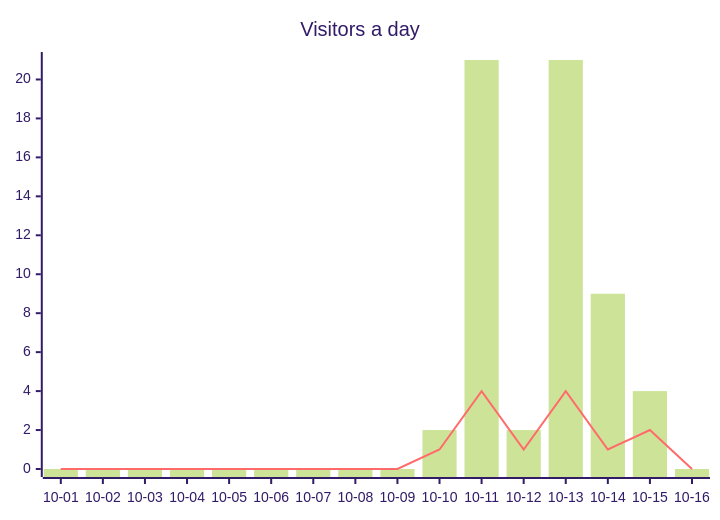
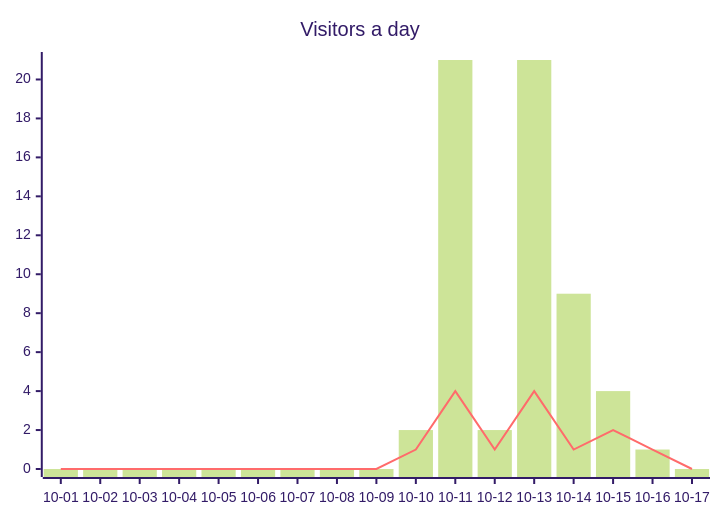
The second of 2 diagrams in README.md (ArtemkaGoldMan/ContextSwitcher), drawn with Mermaid (forest theme) before and after one commit. The commit also changed other lines of this file and 5 other files, not shown here.

````diff
--- a/README.md
+++ b/README.md
@@ -39,7 +40,7 @@
 ```mermaid
 xychart-beta
     title "Visitors a day"
-    x-axis ["10-01", "10-02", "10-03", "10-04", "10-05", "10-06", "10-07", "10-08", "10-09", "10-10", "10-11", "10-12", "10-13", "10-14", "10-15", "10-16"]
-    bar [0, 0, 0, 0, 0, 0, 0, 0, 0, 2, 21, 2, 21, 9, 4, 0]
-    line [0, 0, 0, 0, 0, 0, 0, 0, 0, 1, 4, 1, 4, 1, 2, 0]
+    x-axis ["10-01", "10-02", "10-03", "10-04", "10-05", "10-06", "10-07", "10-08", "10-09", "10-10", "10-11", "10-12", "10-13", "10-14", "10-15", "10-16", "10-17"]
+    bar [0, 0, 0, 0, 0, 0, 0, 0, 0, 2, 21, 2, 21, 9, 4, 1, 0]
+    line [0, 0, 0, 0, 0, 0, 0, 0, 0, 1, 4, 1, 4, 1, 2, 1, 0]
 ```
````
